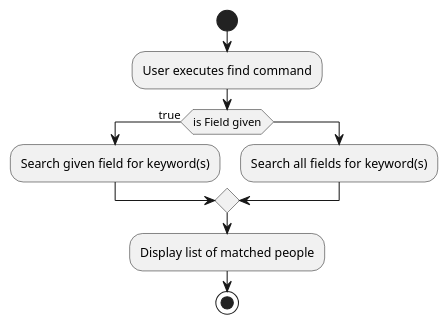
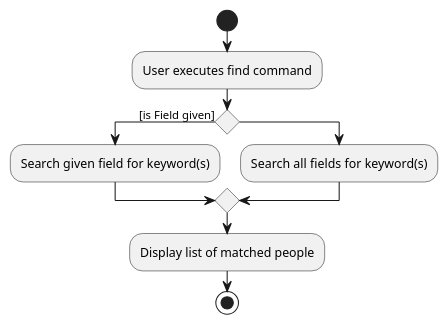
One commit to tonishka/tp changed the diagram in docs/diagrams/plantuml/Find.puml. Above: the diagram before and after it, drawn with PlantUML. The commit also changed 1 other file, not shown here.

Commit message:
Rectify activity diagram

```diff
--- a/docs/diagrams/plantuml/Find.puml
+++ b/docs/diagrams/plantuml/Find.puml
@@ -1,14 +1,14 @@
 @startuml
 'https://plantuml.com/activity-diagram-beta
 
 start
 :User executes find command;
-if (is Field given) then (true)
+if () then ([is Field given])
   :Search given field for keyword(s);
 else
 :Search all fields for keyword(s);
 endif
 :Display list of matched people;
 stop
 
 @enduml
```
